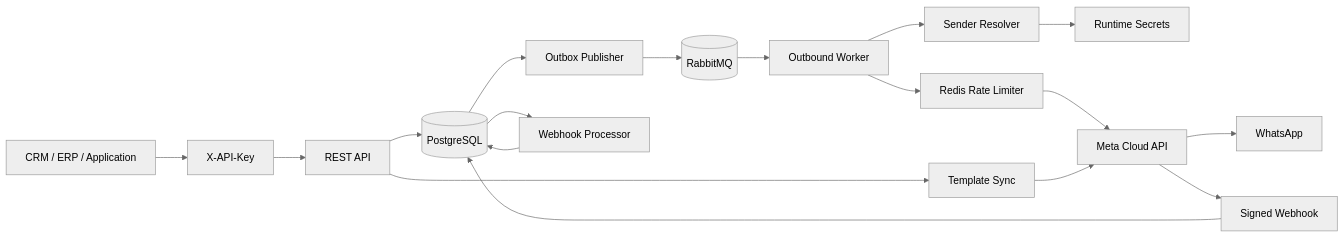
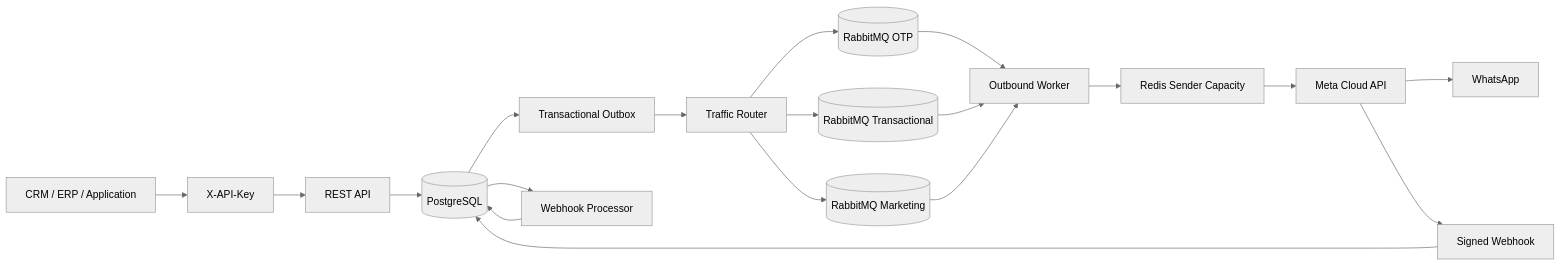
Before and after one commit to netctc/apiWhatsApp: the diagram in README.md, drawn with Mermaid (neutral theme). The commit also changed other lines of this file, not shown here.

````diff
--- a/README.md
+++ b/README.md
@@ -37,20 +31,21 @@
 ```mermaid
 flowchart LR
     Client[CRM / ERP / Application] --> Auth[X-API-Key]
     Auth --> API[REST API]
     API --> DB[(PostgreSQL)]
-    DB --> Outbox[Outbox Publisher]
-    Outbox --> MQ[(RabbitMQ)]
-    MQ --> Worker[Outbound Worker]
-    Worker --> Sender[Sender Resolver]
-    Sender --> Secrets[Runtime Secrets]
-    Worker --> Rate[Redis Rate Limiter]
+    DB --> Outbox[Transactional Outbox]
+    Outbox --> Router[Traffic Router]
+    Router --> OTP[(RabbitMQ OTP)]
+    Router --> TX[(RabbitMQ Transactional)]
+    Router --> MKT[(RabbitMQ Marketing)]
+    OTP --> Worker[Outbound Worker]
+    TX --> Worker
+    MKT --> Worker
+    Worker --> Rate[Redis Sender Capacity]
     Rate --> Meta[Meta Cloud API]
     Meta --> WA[WhatsApp]
     Meta --> Webhook[Signed Webhook]
     Webhook --> DB
     DB --> Processor[Webhook Processor]
     Processor --> DB
-    API --> TemplateSync[Template Sync]
-    TemplateSync --> Meta
 ```
````
